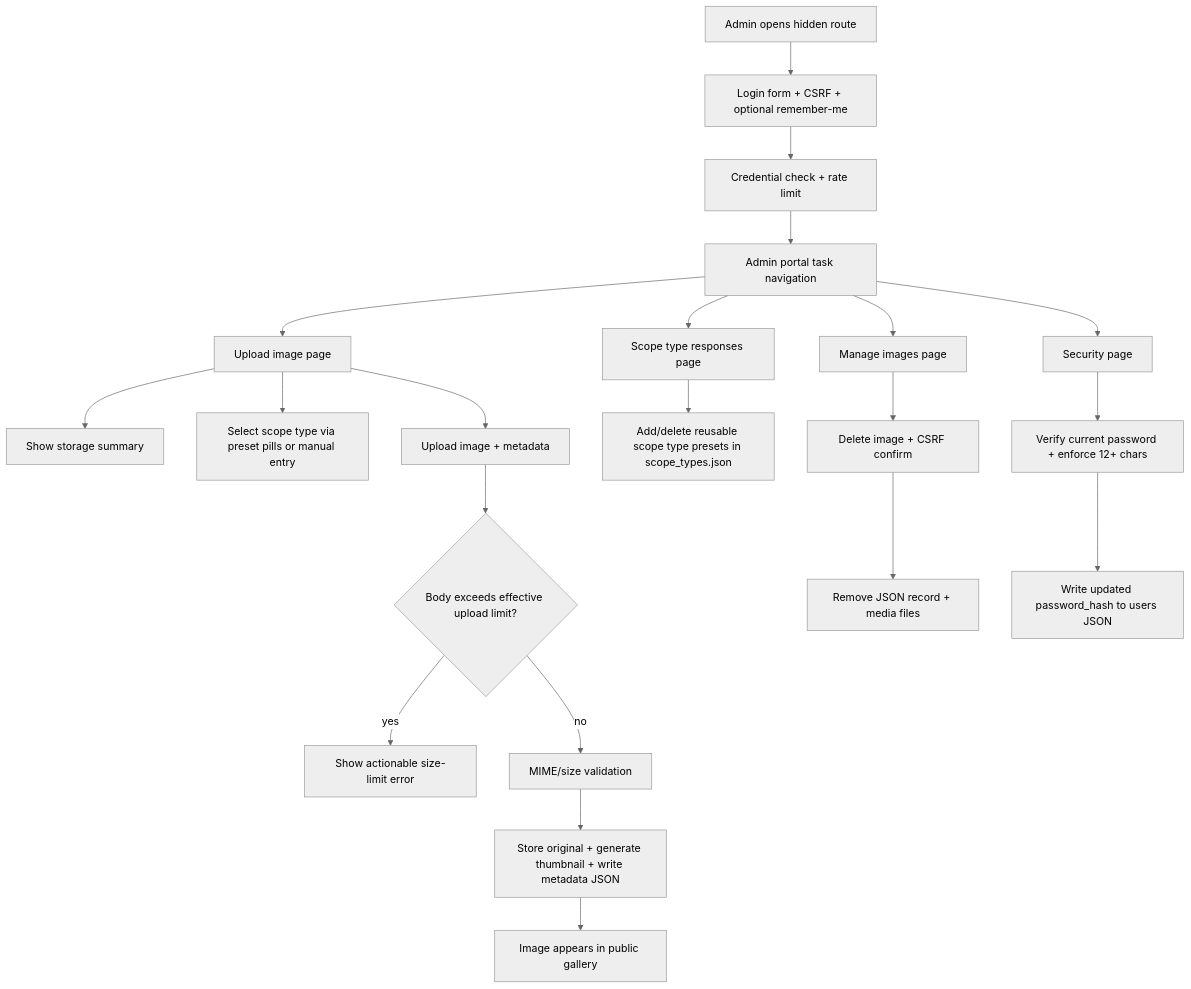
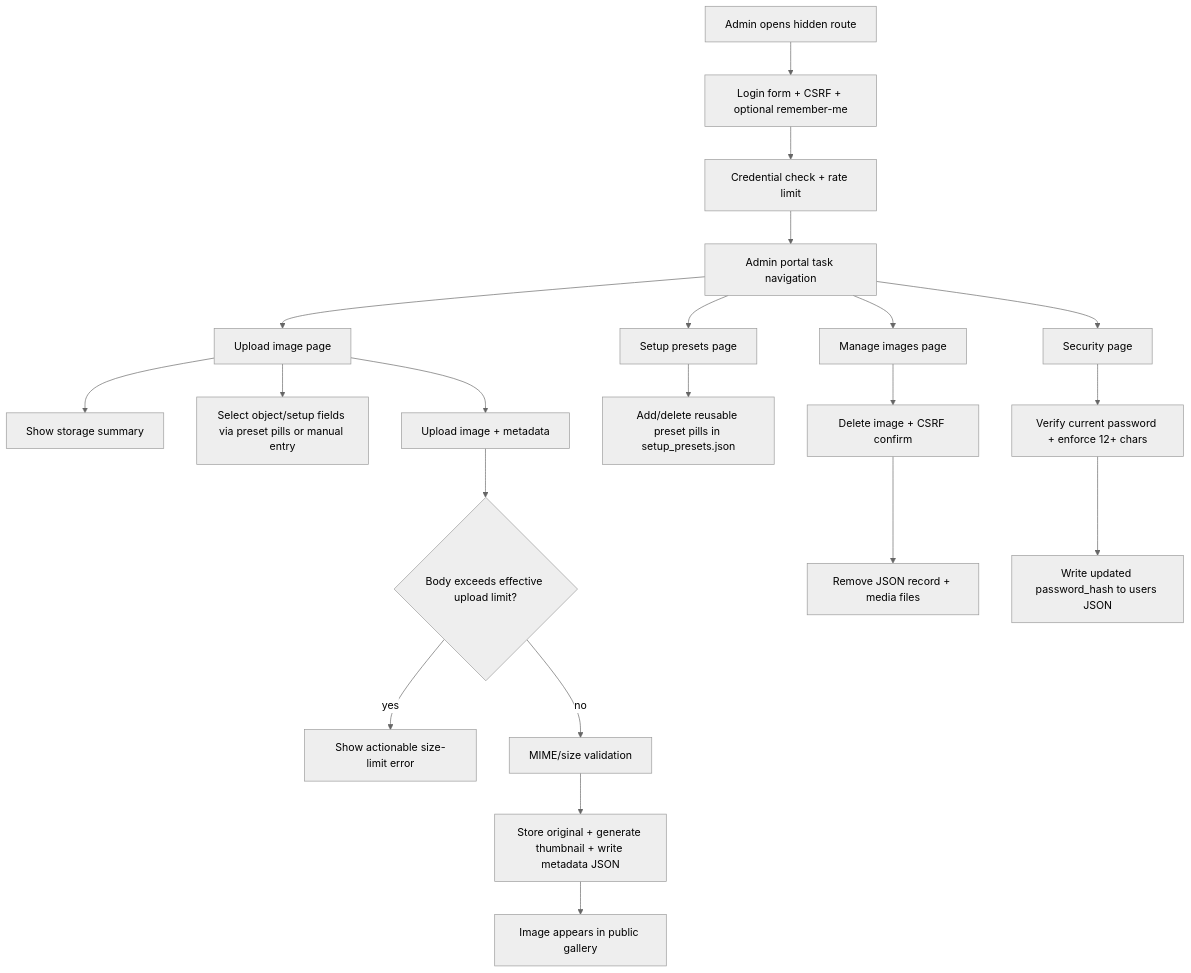
One commit to smeird/images changed the second of 3 diagrams in README.md. Above: the diagram before and after it, drawn with Mermaid (neutral theme). The commit also changed other lines of this file and 7 other files, not shown here.

First line of the commit message:
Enhance admin upload with reusable setup preset pills

````diff
--- a/README.md
+++ b/README.md
@@ -147,23 +149,23 @@
 ```mermaid
 flowchart TD
   A[Admin opens hidden route] --> B[Login form + CSRF + optional remember-me]
   B --> C[Credential check + rate limit]
   C --> D[Admin portal task navigation]
   D --> U[Upload image page]
-  D --> P[Scope type responses page]
+  D --> P[Setup presets page]
   D --> M[Manage images page]
   D --> S[Security page]
   U --> T[Show storage summary]
-  U --> V[Select scope type via preset pills or manual entry]
+  U --> V[Select object/setup fields via preset pills or manual entry]
   U --> W[Upload image + metadata]
   W --> X{Body exceeds effective upload limit?}
   X -- yes --> Y[Show actionable size-limit error]
   X -- no --> Z[MIME/size validation]
   Z --> AA[Store original + generate thumbnail + write metadata JSON]
   AA --> AB[Image appears in public gallery]
-  P --> AC[Add/delete reusable scope type presets in scope_types.json]
+  P --> AC[Add/delete reusable preset pills in setup_presets.json]
   M --> AD[Delete image + CSRF confirm]
   AD --> AE[Remove JSON record + media files]
   S --> AF[Verify current password + enforce 12+ chars]
   AF --> AG[Write updated password_hash to users JSON]
 ```
````
